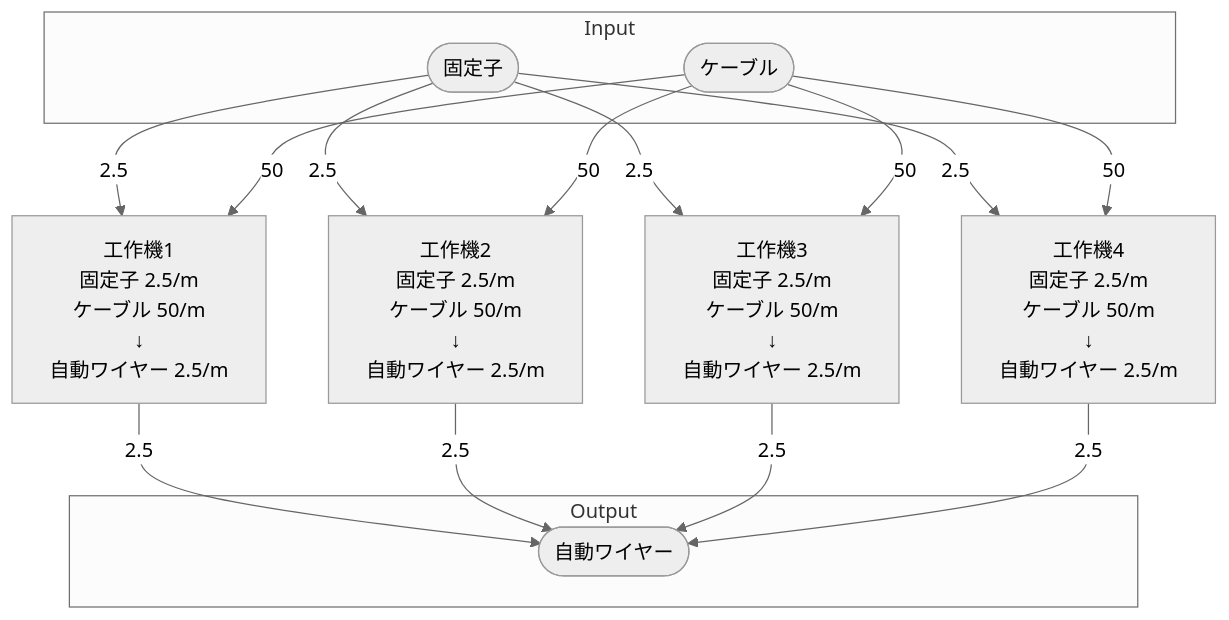
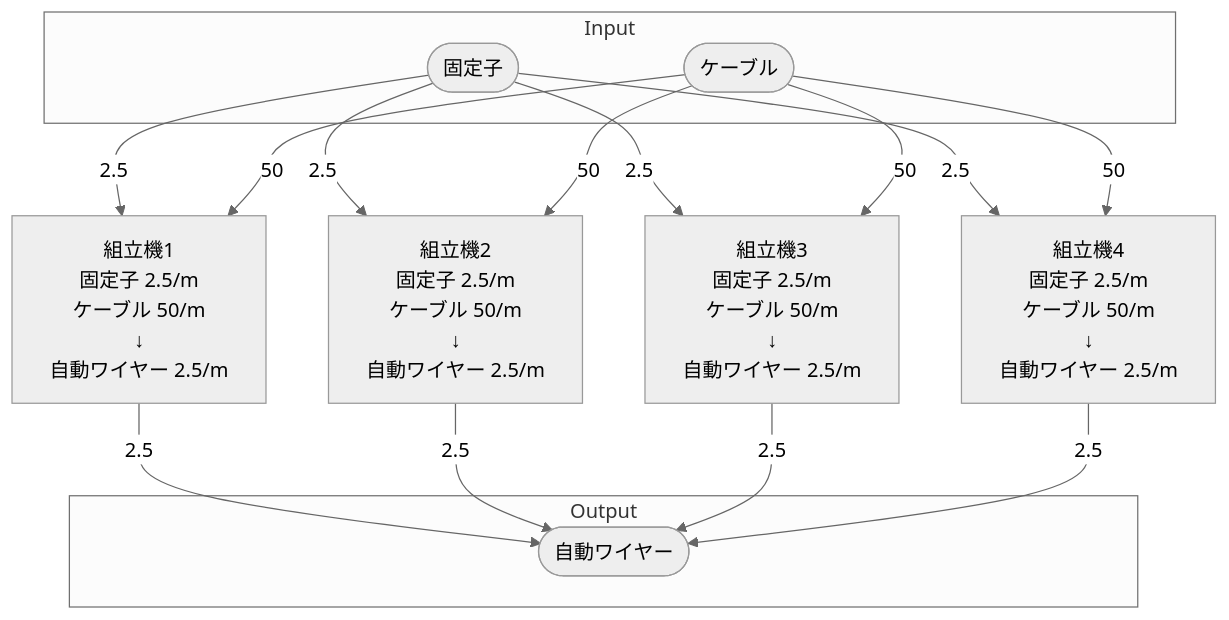
Before and after one commit to Suzuran-Amano/SatisfactoryTaskEfficiency: the diagram in 40_FactoryBuilding/自動ワイヤー工場/40_個別製造ライン設計書/個別製造ライン設計書_自動ワイヤー製造ライン.md, drawn with Mermaid (neutral theme). The commit also changed other lines of this file and 288 other files, not shown here.

````diff
--- a/40_FactoryBuilding/自動ワイヤー工場/40_個別製造ライン設計書/個別製造ライン設計書_自動ワイヤー製造ライン.md
+++ b/40_FactoryBuilding/自動ワイヤー工場/40_個別製造ライン設計書/個別製造ライン設計書_自動ワイヤー製造ライン.md
@@ -19,57 +21,57 @@
 ```mermaid
 flowchart TD
 
 subgraph Input
     固定子([固定子])
     ケーブル([ケーブル])
 end
 
-工作機1[
-    工作機1
+組立機1[
+    組立機1
     固定子 2.5/m
     ケーブル 50/m
     ↓
     自動ワイヤー 2.5/m
 ]
 
-工作機2[
-    工作機2
+組立機2[
+    組立機2
     固定子 2.5/m
     ケーブル 50/m
     ↓
     自動ワイヤー 2.5/m
 ]
 
-工作機3[
-    工作機3
+組立機3[
+    組立機3
     固定子 2.5/m
     ケーブル 50/m
     ↓
     自動ワイヤー 2.5/m
 ]
 
-工作機4[
-    工作機4
+組立機4[
+    組立機4
     固定子 2.5/m
     ケーブル 50/m
     ↓
     自動ワイヤー 2.5/m
 ]
 
 subgraph Output
     自動ワイヤー([自動ワイヤー])
 end
 
-固定子-->|2.5|工作機1
-ケーブル-->|50|工作機1
-工作機1-->|2.5|自動ワイヤー
-固定子-->|2.5|工作機2
-ケーブル-->|50|工作機2
-工作機2-->|2.5|自動ワイヤー
-固定子-->|2.5|工作機3
-ケーブル-->|50|工作機3
-工作機3-->|2.5|自動ワイヤー
-固定子-->|2.5|工作機4
-ケーブル-->|50|工作機4
-工作機4-->|2.5|自動ワイヤー
+固定子-->|2.5|組立機1
+ケーブル-->|50|組立機1
+組立機1-->|2.5|自動ワイヤー
+固定子-->|2.5|組立機2
+ケーブル-->|50|組立機2
+組立機2-->|2.5|自動ワイヤー
+固定子-->|2.5|組立機3
+ケーブル-->|50|組立機3
+組立機3-->|2.5|自動ワイヤー
+固定子-->|2.5|組立機4
+ケーブル-->|50|組立機4
+組立機4-->|2.5|自動ワイヤー
 ```
````
